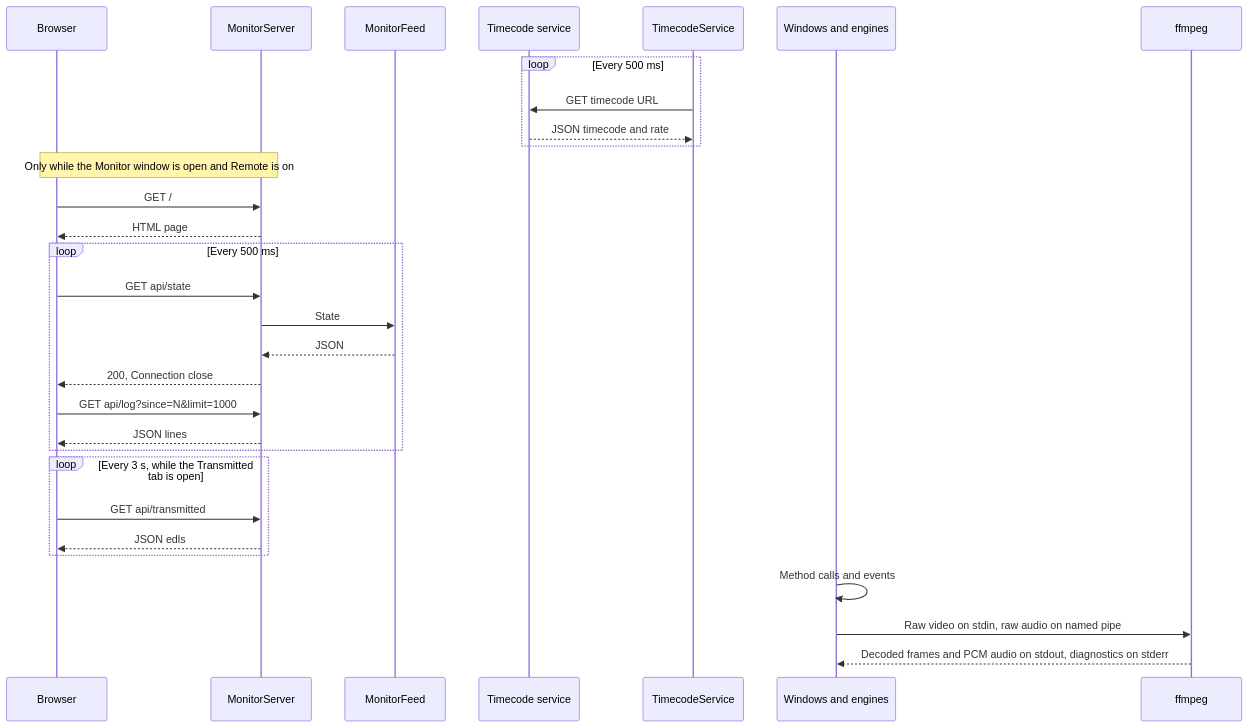
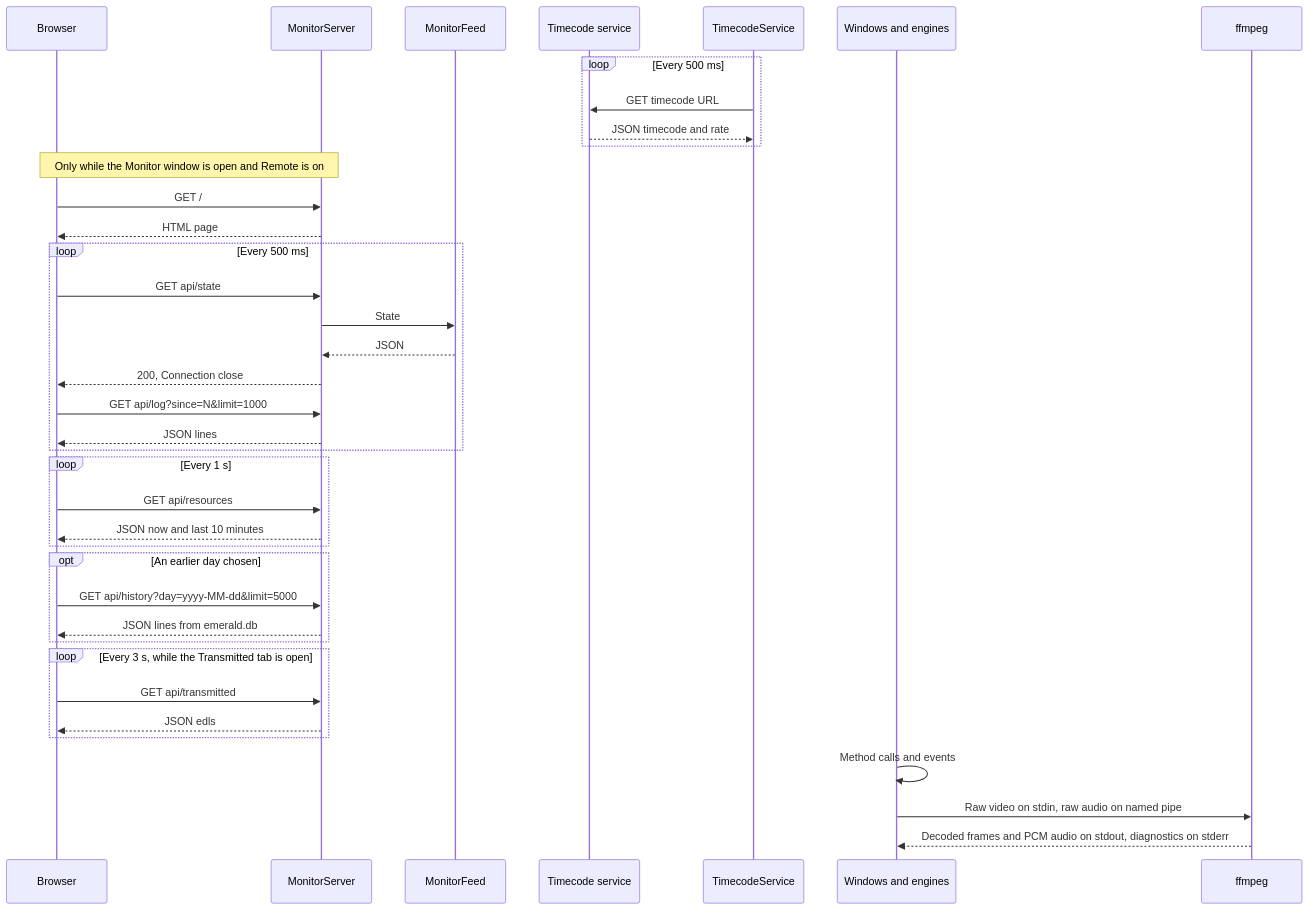
Before and after one commit to MdelarosaArcX/Emerald-EDL-Ingest: the diagram in DOCUMENTATION/07_API_AND_COMMUNICATION.md, drawn with Mermaid. The commit also changed other lines of this file and 72 other files, not shown here.

````diff
--- a/DOCUMENTATION/07_API_AND_COMMUNICATION.md
+++ b/DOCUMENTATION/07_API_AND_COMMUNICATION.md
@@ -25,32 +25,40 @@
 ```mermaid
 sequenceDiagram
     participant B as Browser
     participant S as MonitorServer
     participant F as MonitorFeed
     participant T as Timecode service
     participant C as TimecodeService
     participant W as Windows and engines
     participant X as ffmpeg
     loop Every 500 ms
         C->>T: GET timecode URL
         T-->>C: JSON timecode and rate
     end
     Note over B,S: Only while the Monitor window is open and Remote is on
     B->>S: GET /
     S-->>B: HTML page
     loop Every 500 ms
         B->>S: GET api/state
         S->>F: State
         F-->>S: JSON
         S-->>B: 200, Connection close
         B->>S: GET api/log?since=N&limit=1000
         S-->>B: JSON lines
     end
+    loop Every 1 s
+        B->>S: GET api/resources
+        S-->>B: JSON now and last 10 minutes
+    end
+    opt An earlier day chosen
+        B->>S: GET api/history?day=yyyy-MM-dd&limit=5000
+        S-->>B: JSON lines from emerald.db
+    end
     loop Every 3 s, while the Transmitted tab is open
         B->>S: GET api/transmitted
         S-->>B: JSON edls
     end
     W->>W: Method calls and events
     W->>X: Raw video on stdin, raw audio on named pipe
     X-->>W: Decoded frames and PCM audio on stdout, diagnostics on stderr
 ```
````
